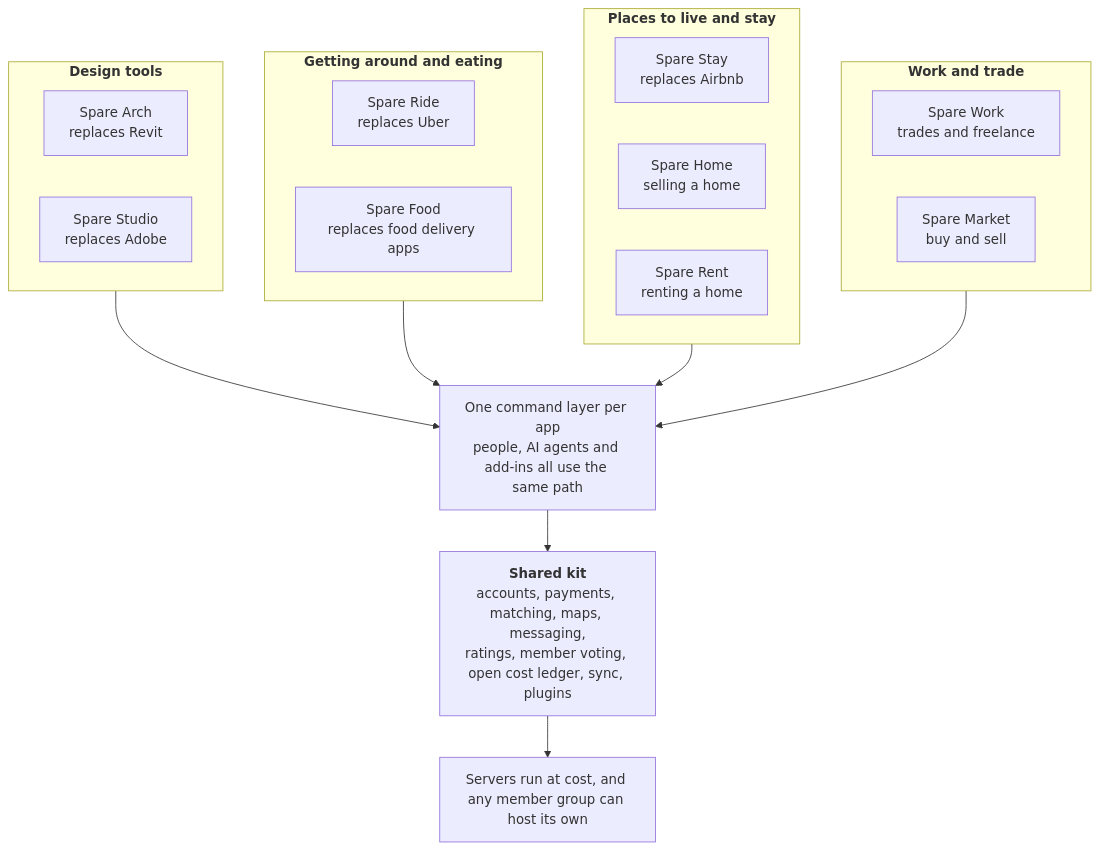
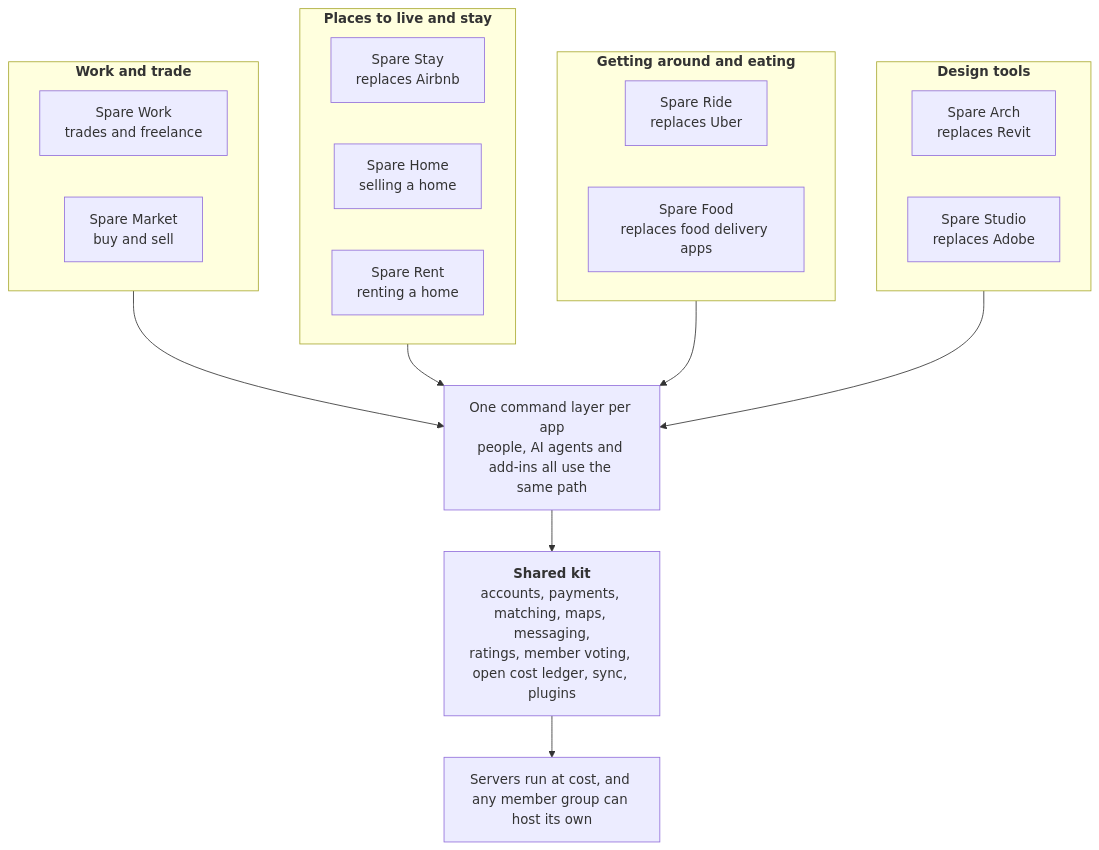
The diagram in profile/README.md (spareware-co-op/.github), drawn with Mermaid before and after one commit. The commit also changed other lines of this file, not shown here.

Commit message:
Home page: design tools first

````diff
--- a/profile/README.md
+++ b/profile/README.md
@@ -11,34 +11,34 @@
 ```mermaid
 flowchart TB
-  subgraph DESIGN["`**Design tools**`"]
+  subgraph TRADE["`**Work and trade**`"]
     direction LR
-    ARCH["Spare Arch<br/>replaces Revit"]
-    STUDIO["Spare Studio<br/>replaces Adobe"]
-  end
-  subgraph MOVE["`**Getting around and eating**`"]
-    direction LR
-    RIDE["Spare Ride<br/>replaces Uber"]
-    FOOD["Spare Food<br/>replaces food delivery apps"]
+    WORK["Spare Work<br/>trades and freelance"]
+    MARKET["Spare Market<br/>buy and sell"]
   end
   subgraph LIVE["`**Places to live and stay**`"]
     direction LR
     STAY["Spare Stay<br/>replaces Airbnb"]
     HOME["Spare Home<br/>selling a home"]
     RENT["Spare Rent<br/>renting a home"]
   end
-  subgraph TRADE["`**Work and trade**`"]
+  subgraph MOVE["`**Getting around and eating**`"]
     direction LR
-    WORK["Spare Work<br/>trades and freelance"]
-    MARKET["Spare Market<br/>buy and sell"]
+    RIDE["Spare Ride<br/>replaces Uber"]
+    FOOD["Spare Food<br/>replaces food delivery apps"]
+  end
+  subgraph DESIGN["`**Design tools**`"]
+    direction LR
+    ARCH["Spare Arch<br/>replaces Revit"]
+    STUDIO["Spare Studio<br/>replaces Adobe"]
   end
   CMD["One command layer per app<br/>people, AI agents and add-ins all use the same path"]
   KIT["`**Shared kit**
   accounts, payments, matching, maps, messaging,
   ratings, member voting, open cost ledger, sync, plugins`"]
   RUN["Servers run at cost, and any member group can host its own"]
+  TRADE --> CMD
+  LIVE --> CMD
+  MOVE --> CMD
   DESIGN --> CMD
-  MOVE --> CMD
-  LIVE --> CMD
-  TRADE --> CMD
   CMD --> KIT --> RUN
 ```
````
